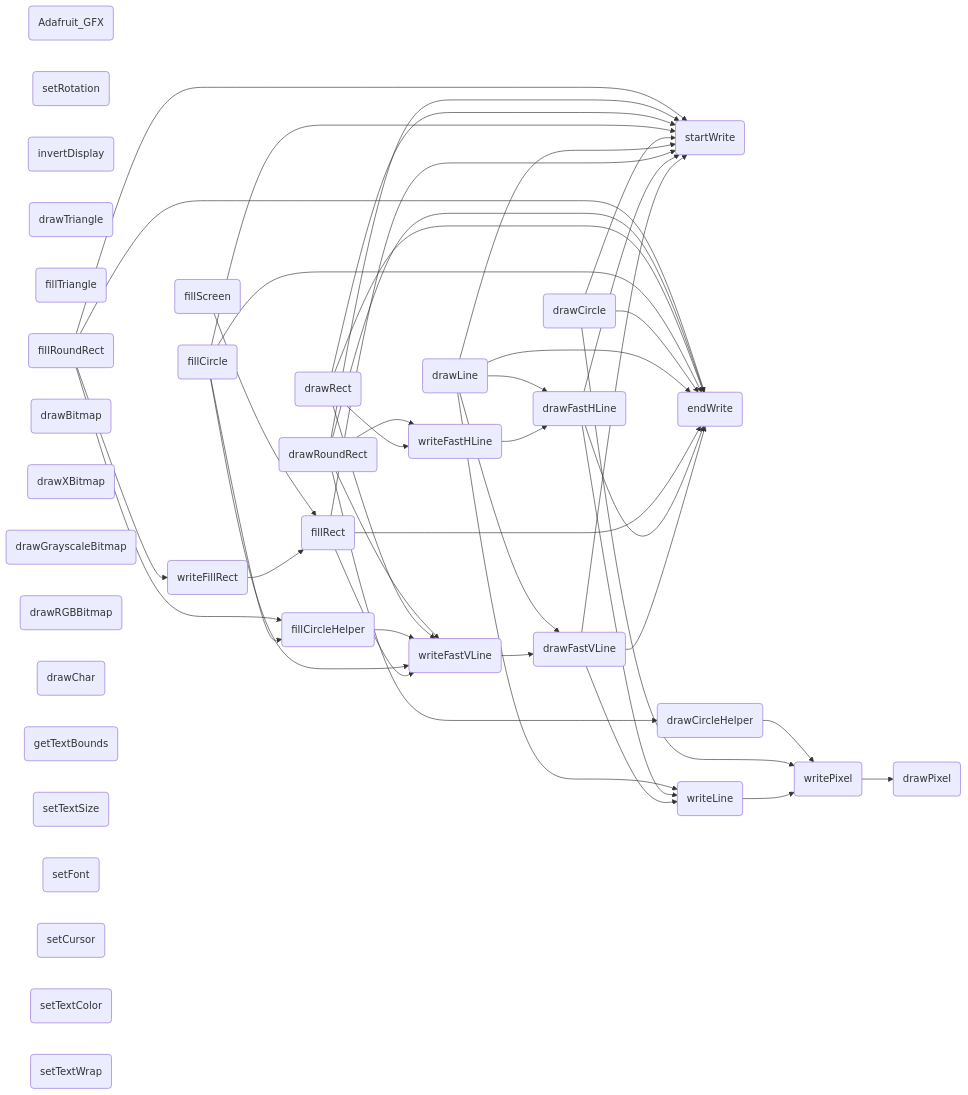
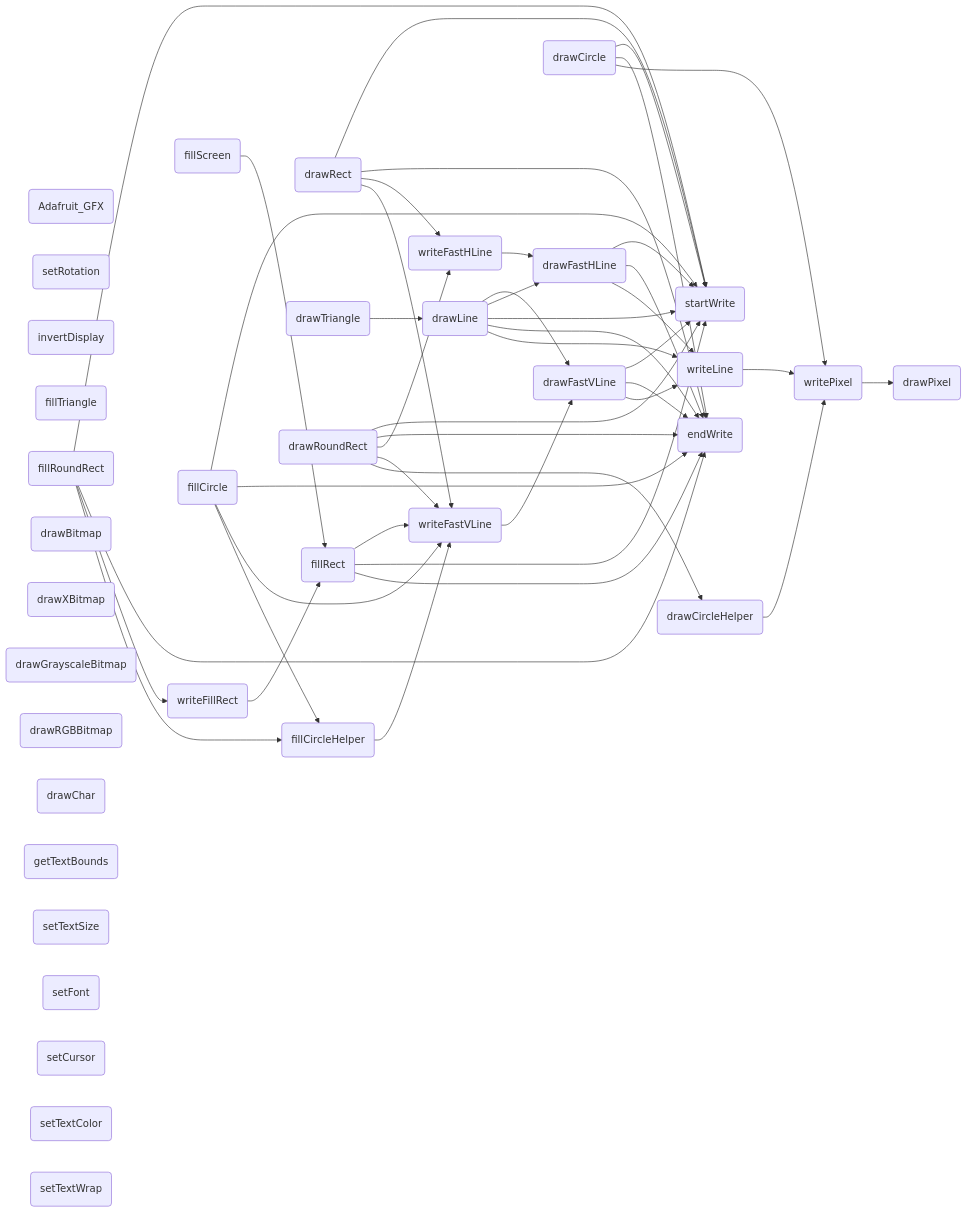
The diagram in all/未命名.md (icodezhanglei/iodraw-files), drawn with Mermaid before and after one commit.

Commit message:
2024-09-13 18:35:56 update

````diff
--- a/all/未命名.md
+++ b/all/未命名.md
@@ -1,63 +1,64 @@
 ```mermaid
 flowchart LR
 Adafruit_GF(Adafruit_GFX)
 drawPixel(drawPixel)
 startWrite(startWrite)
 endWrite(endWrite)
 writePixel(writePixel)
 writeFillRect(writeFillRect)
 writeFastVLine(writeFastVLine)
 writeFastHLine(writeFastHLine)
 writeLine(writeLine)
 setRotation(setRotation)
 invertDisplay(invertDisplay)
 drawFastVLine(drawFastVLine)
 drawFastHLine(drawFastHLine)
 fillRect(fillRect)
 fillScreen(fillScreen)
 drawLine(drawLine)
 drawRect(drawRect)
 drawCircle(drawCircle)
 drawCircleHelper(drawCircleHelper)
 fillCircle(fillCircle)
 fillCircleHelper(fillCircleHelper)
 drawTriangle(drawTriangle)
 fillTriangle(fillTriangle)
 drawRoundRect(drawRoundRect)
 fillRoundRect(fillRoundRect)
 drawBitmap(drawBitmap)
 drawXBitmap(drawXBitmap)
 drawGrayscaleBitmap(drawGrayscaleBitmap)
 drawRGBBitmap(drawRGBBitmap)
 drawChar(drawChar)
 getTextBounds(getTextBounds)
 setTextSize(setTextSize)
 setFont(setFont)
 setCursor(setCursor)
 setTextColor(setTextColor)
 setTextWrap(setTextWrap)
 
 writeLine --> writePixel --> drawPixel
 
 writeFastVLine --> drawFastVLine --> startWrite & endWrite
 drawFastVLine --> writeLine
 
 writeFastHLine --> drawFastHLine --> startWrite & endWrite
 drawFastHLine --> writeLine
 
 writeFillRect --> fillRect --> writeFastVLine & startWrite & endWrite
 
 fillScreen --> fillRect
 drawLine --> drawFastVLine & drawFastHLine & startWrite & endWrite & writeLine
 drawCircle --> startWrite & endWrite & writePixel
 drawCircleHelper --> writePixel
 fillCircle --> startWrite & endWrite & writeFastVLine & fillCircleHelper
 fillCircleHelper --> writeFastVLine
 drawRect --> startWrite & endWrite & writeFastHLine & writeFastVLine
 drawRoundRect --> startWrite & endWrite & writeFastHLine & writeFastVLine & drawCircleHelper
 fillRoundRect --> startWrite & endWrite & writeFillRect & fillCircleHelper
-drawTriangle
+drawTriangle --> drawLine
+
 
 
 
 ```
````
